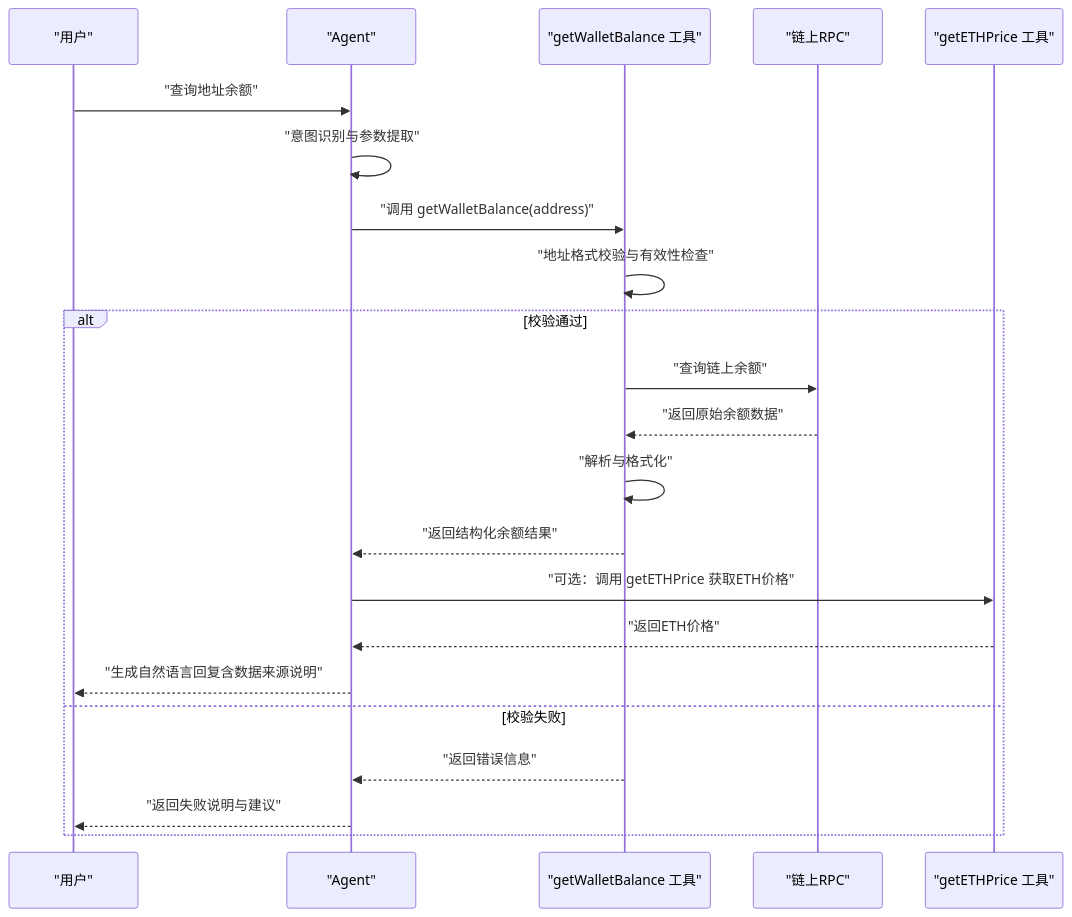
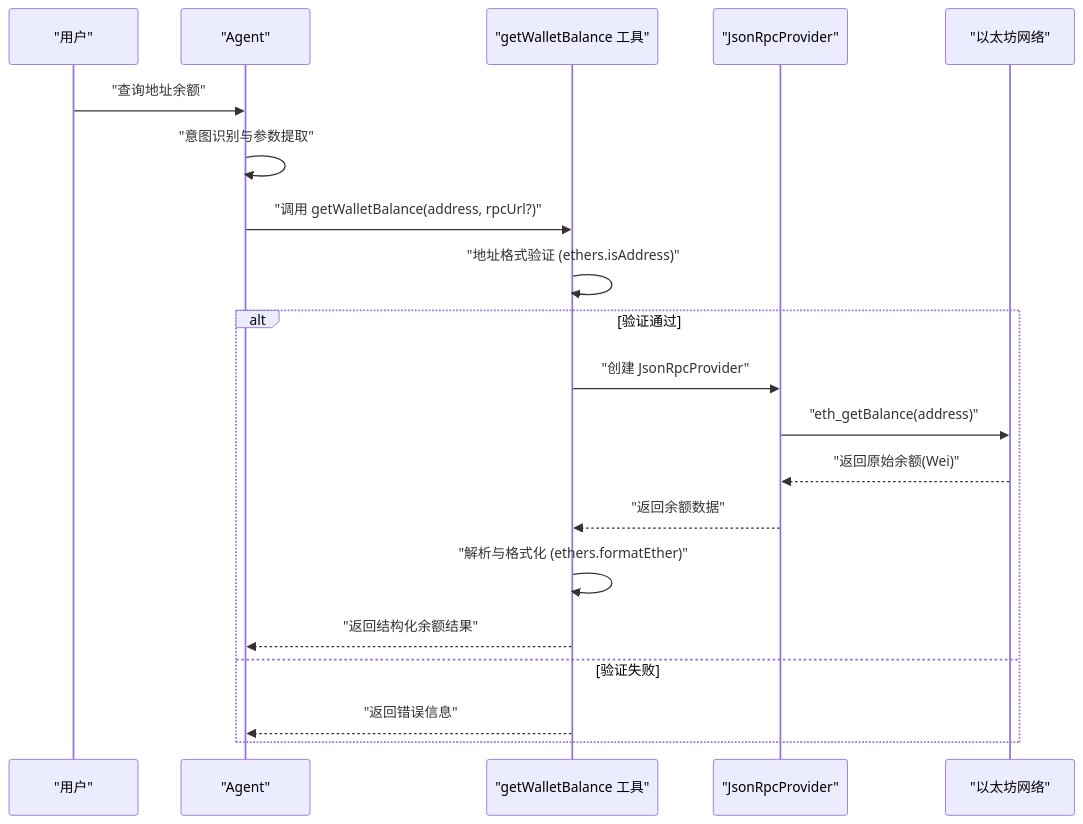
One commit to CryptoLinxu/Web3-AI-Agent changed the second of 7 diagrams in .qoder/repowiki/zh/content/Web3工具集成/核心Web3工具实现/钱包余额查询工具.md. Above: the diagram before and after it, drawn with Mermaid. The commit also changed other lines of this file and 6 other files, not shown here.

````diff
--- a/.qoder/repowiki/zh/content/Web3工具集成/核心Web3工具实现/钱包余额查询工具.md
+++ b/.qoder/repowiki/zh/content/Web3工具集成/核心Web3工具实现/钱包余额查询工具.md
@@ -88,24 +87,22 @@
 ```mermaid
 sequenceDiagram
 participant U as "用户"
 participant AG as "Agent"
 participant WB as "getWalletBalance 工具"
-participant RPC as "链上RPC"
-participant EP as "getETHPrice 工具"
+participant RPC as "JsonRpcProvider"
+participant ETH as "以太坊网络"
 U->>AG : "查询地址余额"
 AG->>AG : "意图识别与参数提取"
-AG->>WB : "调用 getWalletBalance(address)"
-WB->>WB : "地址格式校验与有效性检查"
-alt 校验通过
-WB->>RPC : "查询链上余额"
-RPC-->>WB : "返回原始余额数据"
-WB->>WB : "解析与格式化"
+AG->>WB : "调用 getWalletBalance(address, rpcUrl?)"
+WB->>WB : "地址格式验证 (ethers.isAddress)"
+alt 验证通过
+WB->>RPC : "创建 JsonRpcProvider"
+RPC->>ETH : "eth_getBalance(address)"
+ETH-->>RPC : "返回原始余额(Wei)"
+RPC-->>WB : "返回余额数据"
+WB->>WB : "解析与格式化 (ethers.formatEther)"
 WB-->>AG : "返回结构化余额结果"
-AG->>EP : "可选：调用 getETHPrice 获取ETH价格"
-EP-->>AG : "返回ETH价格"
-AG-->>U : "生成自然语言回复含数据来源说明"
-else 校验失败
+else 验证失败
 WB-->>AG : "返回错误信息"
-AG-->>U : "返回失败说明与建议"
 end
 ```
````
